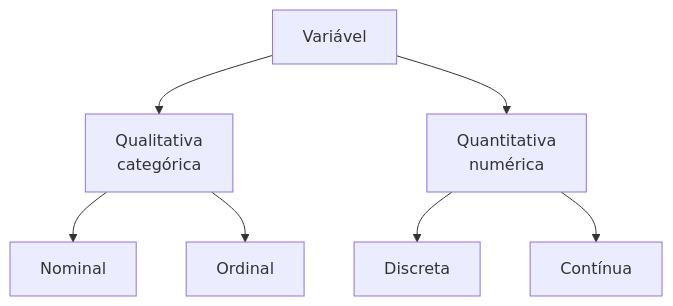
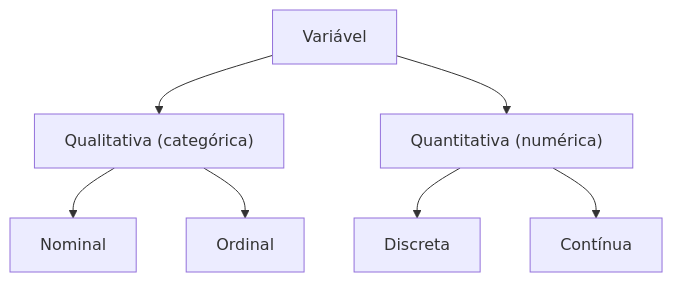
The diagram in 01_introducao/06_tipos_variaveis.md (monteirotorres/biostat), drawn with Mermaid before and after one commit. The commit also changed 34 other files, not shown here.

````diff
--- a/01_introducao/06_tipos_variaveis.md
+++ b/01_introducao/06_tipos_variaveis.md
@@ -11,9 +11,9 @@
 ```mermaid
 flowchart TD
-    V[Variável] --> Q[Qualitativa<br>categórica]
-    V --> N[Quantitativa<br>numérica]
-    Q --> Q1[Nominal]
-    Q --> Q2[Ordinal]
-    N --> N1[Discreta]
-    N --> N2[Contínua]
+    V["Variável"] --> Q["Qualitativa (categórica)"]
+    V --> N["Quantitativa (numérica)"]
+    Q --> Q1["Nominal"]
+    Q --> Q2["Ordinal"]
+    N --> N1["Discreta"]
+    N --> N2["Contínua"]
 ```
````
